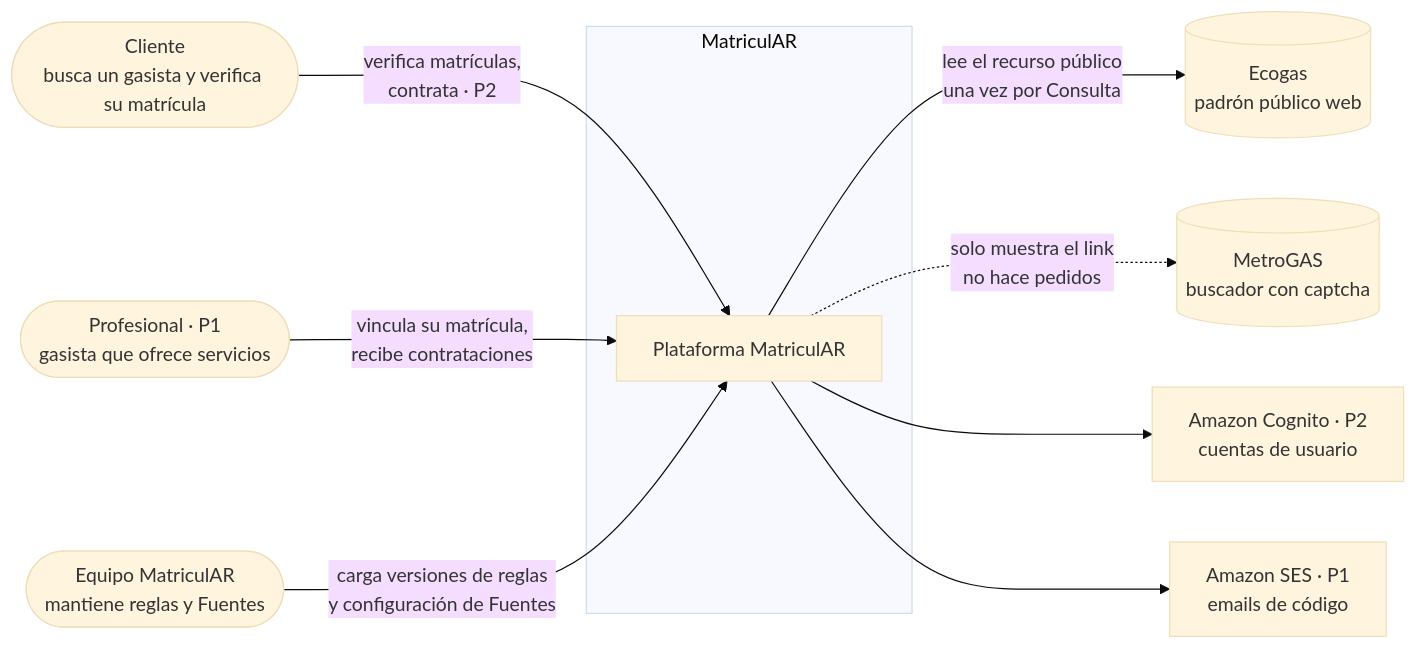
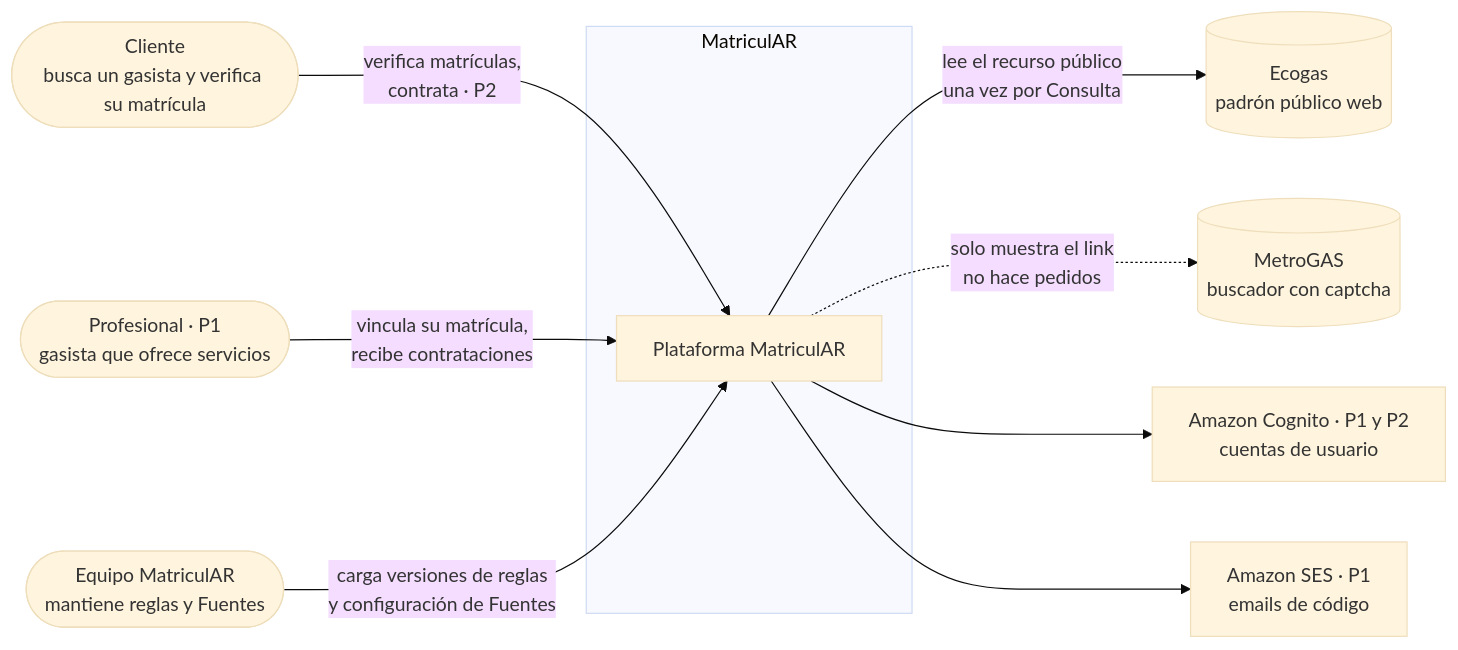
One commit to IvanDaniliuk01/MatriculAR changed the first of 3 diagrams in docs/arquitectura.md. Above: the diagram before and after it, drawn with Mermaid (base theme). The commit also changed other lines of this file and 18 other files, not shown here.

````diff
--- a/docs/arquitectura.md
+++ b/docs/arquitectura.md
@@ -48,23 +48,23 @@
 ```mermaid
 flowchart LR
     cliente([Cliente<br/>busca un gasista y verifica su matrícula])
     profesional([Profesional · P1<br/>gasista que ofrece servicios])
     equipo([Equipo MatriculAR<br/>mantiene reglas y Fuentes])
 
     subgraph matricular [MatriculAR]
         sistema[Plataforma MatriculAR]
     end
 
     ecogas[(Ecogas<br/>padrón público web)]
     metrogas[(MetroGAS<br/>buscador con captcha)]
-    cognito[Amazon Cognito · P2<br/>cuentas de usuario]
+    cognito[Amazon Cognito · P1 y P2<br/>cuentas de usuario]
     ses[Amazon SES · P1<br/>emails de código]
 
     cliente -->|verifica matrículas,<br/>contrata · P2| sistema
     profesional -->|vincula su matrícula,<br/>recibe contrataciones| sistema
     equipo -->|carga versiones de reglas<br/>y configuración de Fuentes| sistema
     sistema -->|lee el recurso público<br/>una vez por Consulta| ecogas
     sistema -.->|solo muestra el link<br/>no hace pedidos| metrogas
     sistema --> cognito
     sistema --> ses
 ```
````
